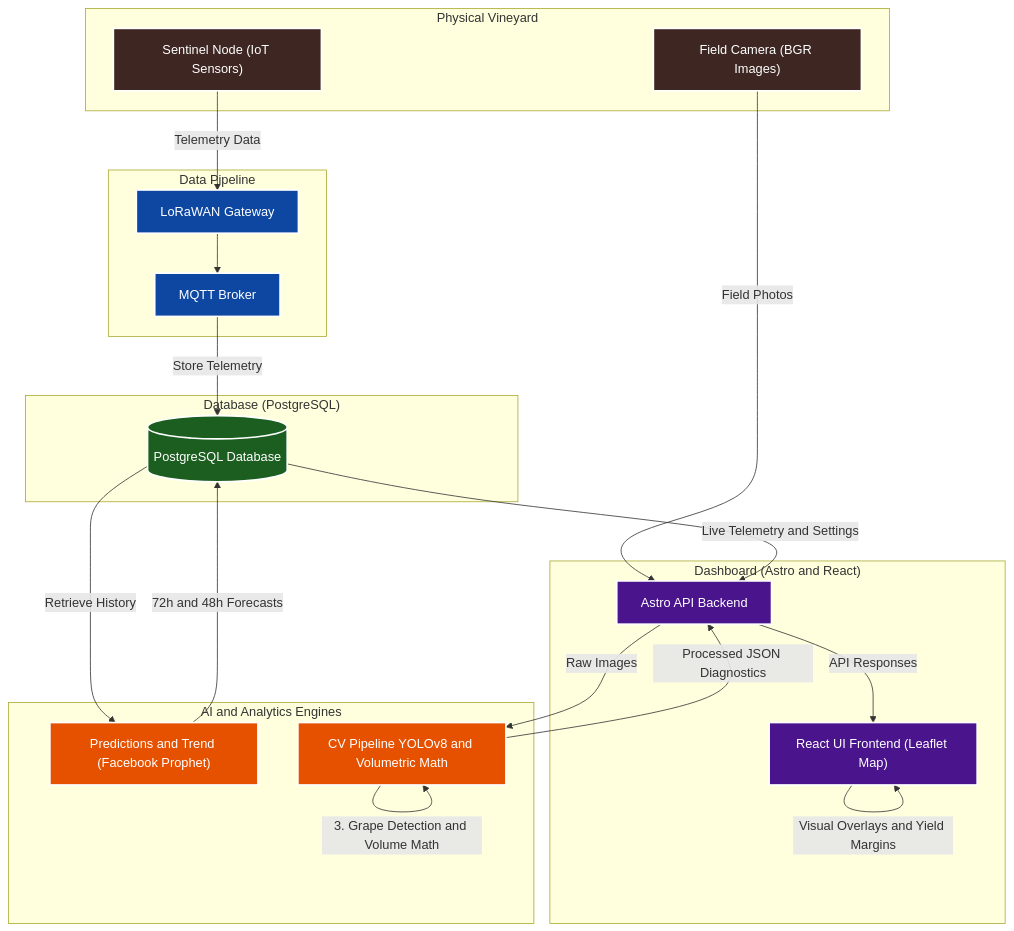
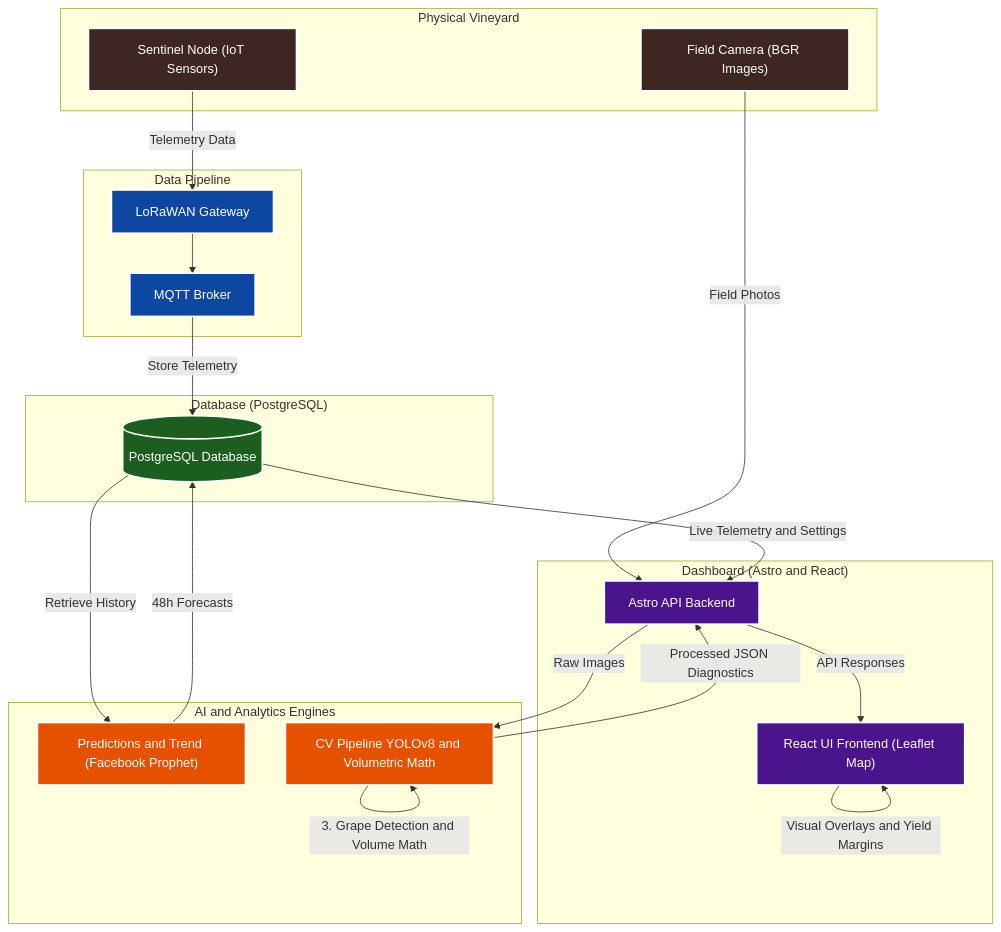
The diagram in readme.md (Lori-in-the-clouds/EdgeVine), drawn with Mermaid before and after one commit. The commit also changed other lines of this file and 2 other files, not shown here.

````diff
--- a/readme.md
+++ b/readme.md
@@ -30,54 +30,54 @@
 ```mermaid
 flowchart TB
     %% General Styles
     classDef physical fill:#3e2723,stroke:#fff,stroke-width:2px,color:#fff;
     classDef transport fill:#0d47a1,stroke:#fff,stroke-width:2px,color:#fff;
     classDef db fill:#1b5e20,stroke:#fff,stroke-width:2px,color:#fff;
     classDef engine fill:#e65100,stroke:#fff,stroke-width:2px,color:#fff;
     classDef client fill:#4a148c,stroke:#fff,stroke-width:2px,color:#fff;
 
     subgraph Physical_Vineyard ["Physical Vineyard"]
         SN["Sentinel Node (IoT Sensors)"]:::physical
         Cam["Field Camera (BGR Images)"]:::physical
     end
 
     subgraph Data_Pipeline ["Data Pipeline"]
         LoRa["LoRaWAN Gateway"]:::transport
         MQTT["MQTT Broker"]:::transport
     end
 
     subgraph Data_Storage ["Database (PostgreSQL)"]
         DB[(PostgreSQL Database)]:::db
     end
 
     subgraph AI_Analytics ["AI and Analytics Engines"]
         Prophet["Predictions and Trend (Facebook Prophet)"]:::engine
         CV_Engine["CV Pipeline YOLOv8 and Volumetric Math"]:::engine
     end
 
     subgraph Dashboard_Presentation ["Dashboard (Astro and React)"]
         Astro["Astro API Backend"]:::client
         React["React UI Frontend (Leaflet Map)"]:::client
     end
 
     %% Telemetry flows
     SN -->|"Telemetry Data"| LoRa
     LoRa --> MQTT
     MQTT -->|"Store Telemetry"| DB
     DB -->|"Retrieve History"| Prophet
-    Prophet -->|"72h and 48h Forecasts"| DB
+    Prophet -->|"48h Forecasts"| DB
 
     %% CV flows
     Cam -->|"Field Photos"| Astro
     Astro -->|"Raw Images"| CV_Engine
     CV_Engine -->|"1. Leaf Detection (YOLOv8-Medium)"| CV_Engine
     CV_Engine -->|"2. Health Classification (YOLOv8-Nano-cls)"| CV_Engine
     CV_Engine -->|"3. Grape Detection and Volume Math"| CV_Engine
     CV_Engine -->|"Processed JSON Diagnostics"| Astro
 
     %% UI flows
     DB -->|"Live Telemetry and Settings"| Astro
     Astro -->|"API Responses"| React
     React -->|"Visual Overlays and Yield Margins"| React
 
 ```
````
